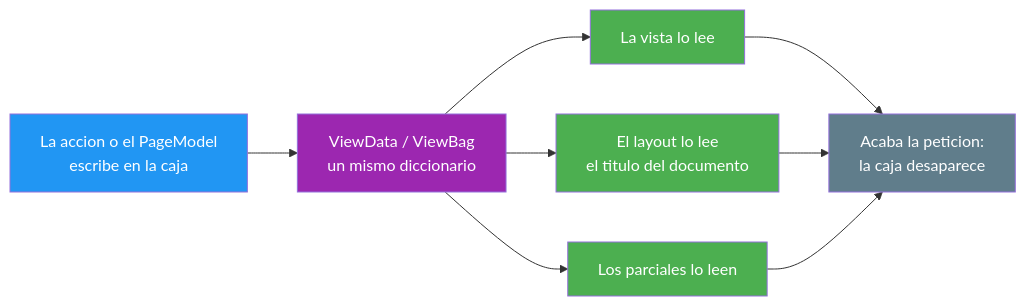
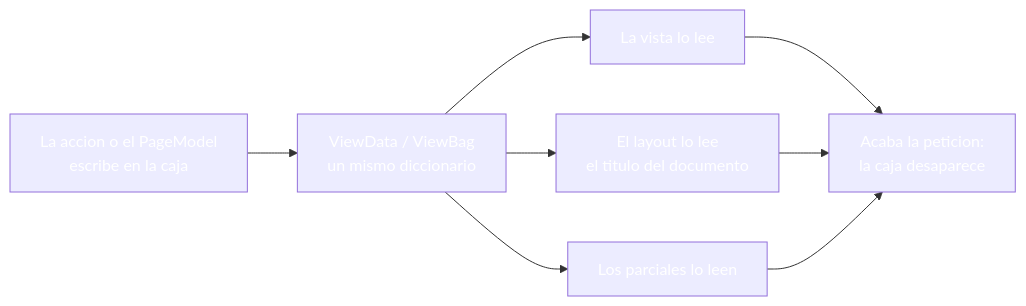
One commit to joseluisgs/DesarrolloWebEntornosServidor-03-2026-2027 changed the second of 4 diagrams in 17-estado-app.md. Above: the diagram before and after it, drawn with Mermaid. The commit also changed other lines of this file and 30 other files, not shown here.

````diff
--- a/17-estado-app.md
+++ b/17-estado-app.md
@@ -114,16 +114,16 @@
 ```mermaid
 graph LR
     H["La accion o el PageModel<br/>escribe en la caja"] --> D["ViewData / ViewBag<br/>un mismo diccionario"]
     D --> V["La vista lo lee"]
     D --> L["El layout lo lee<br/>el titulo del documento"]
     D --> P["Los parciales lo leen"]
     V --> F["Acaba la peticion:<br/>la caja desaparece"]
     L --> F
     P --> F
-    style H fill:#2196F3,color:#fff
-    style D fill:#9C27B0,color:#fff
-    style V fill:#4CAF50,color:#fff
-    style L fill:#4CAF50,color:#fff
-    style P fill:#4CAF50,color:#fff
-    style F fill:#607D8B,color:#fff
+    style H fill:#2196F,color:#fff3,color:#fff
+    style D fill:#9C27B,color:#fff0,color:#fff
+    style V fill:#4CAF5,color:#fff0,color:#fff
+    style L fill:#4CAF5,color:#fff0,color:#fff
+    style P fill:#4CAF5,color:#fff0,color:#fff
+    style F fill:#607D8,color:#fffB,color:#fff
 ```
````
